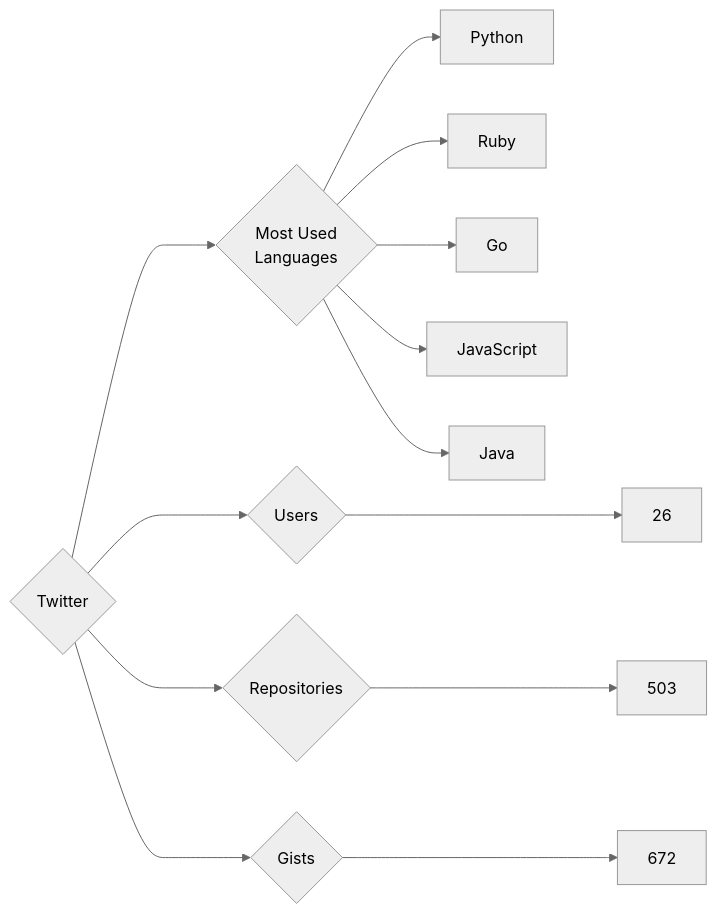
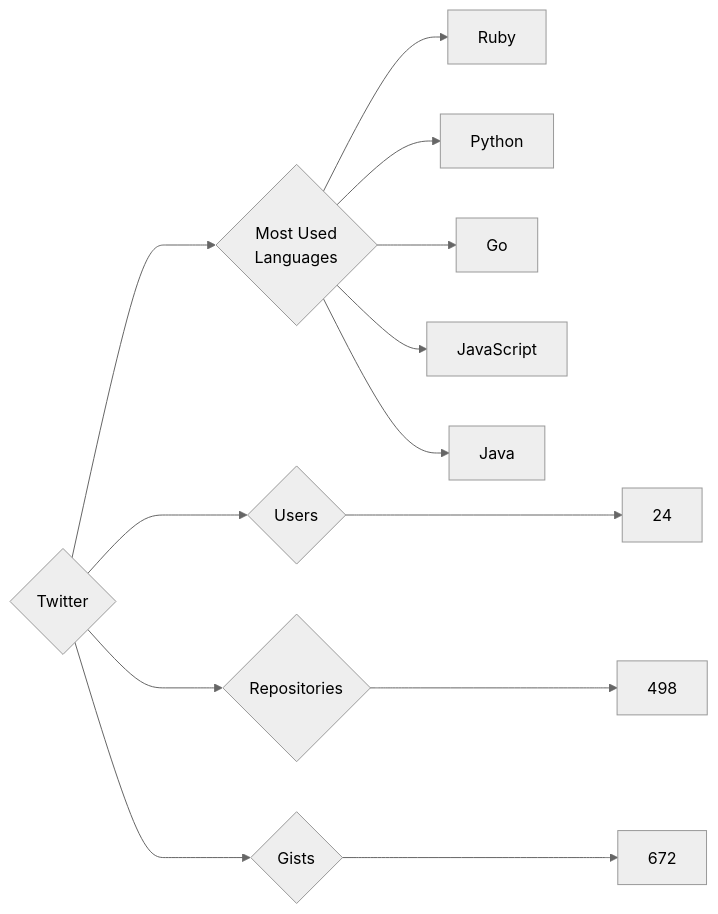
Before and after one commit to trickest/insiders: the diagram in targets/Twitter/README.md, drawn with Mermaid (neutral theme). The commit also changed 1248 other files, not shown here.

````diff
--- a/targets/Twitter/README.md
+++ b/targets/Twitter/README.md
@@ -3,13 +3,13 @@
 ```mermaid
 graph LR
 COMPANY_NAME{Twitter}
-COMPANY_NAME ---> U{Users} ---> UN[26]
-COMPANY_NAME ---> R{Repositories} ---> RN[503]
+COMPANY_NAME ---> U{Users} ---> UN[24]
+COMPANY_NAME ---> R{Repositories} ---> RN[498]
 COMPANY_NAME ---> G{Gists} ---> GN[672]
 COMPANY_NAME ---> ML{Most Used<br>Languages}
+ML --> Ruby[Ruby]
 ML --> Python[Python]
-ML --> Ruby[Ruby]
 ML --> Go[Go]
 ML --> JavaScript[JavaScript]
 ML --> Java[Java]
 ```
````
